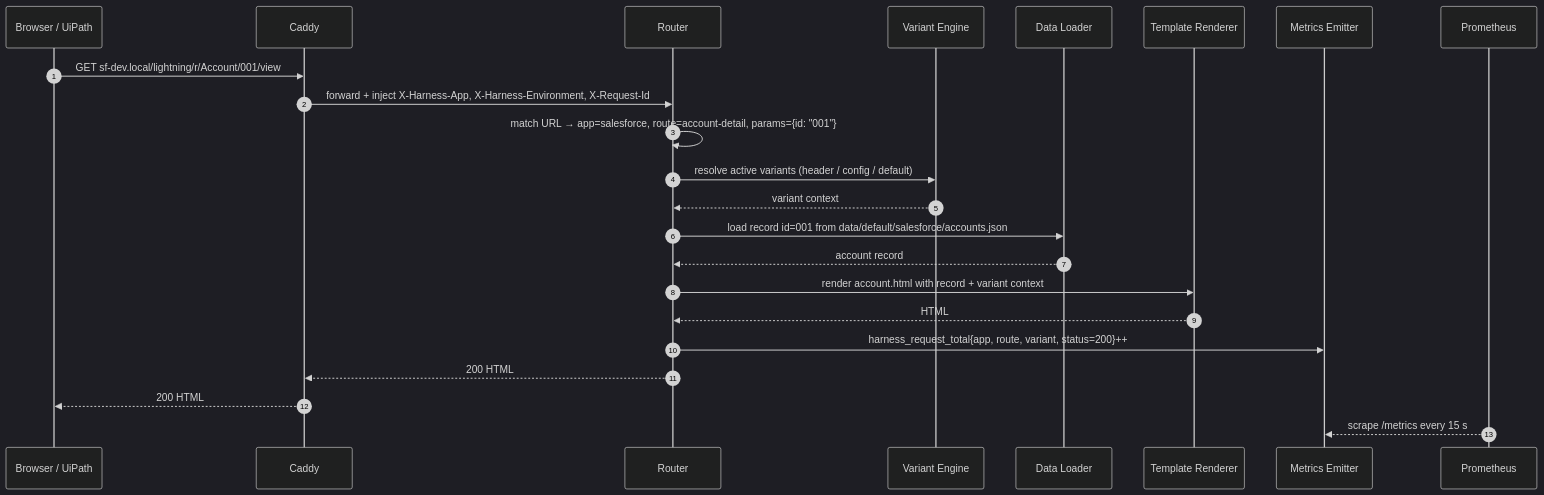
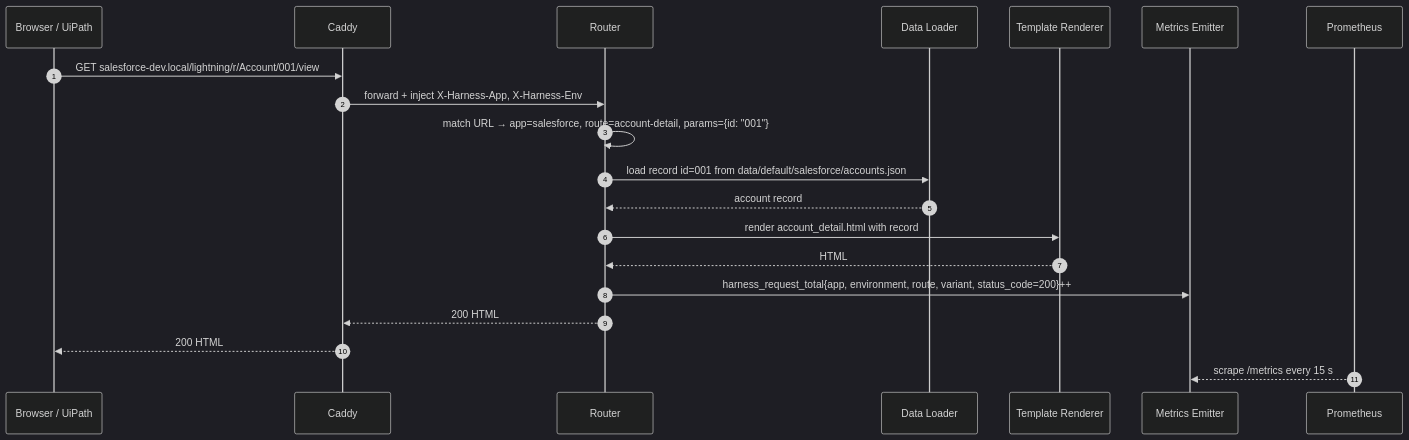
Before and after one commit to uips-browser-kit/testharness-webapps: the fourth of 5 diagrams in docs/architecture.md, drawn with Mermaid (dark theme). The commit also changed other lines of this file and 82 other files, not shown here.

````diff
--- a/docs/architecture.md
+++ b/docs/architecture.md
@@ -81,26 +79,23 @@
 ```mermaid
 sequenceDiagram
     autonumber
     participant B  as Browser / UiPath
     participant C  as Caddy
     participant R  as Router
-    participant V  as Variant Engine
     participant D  as Data Loader
     participant T  as Template Renderer
     participant M  as Metrics Emitter
     participant P  as Prometheus
 
-    B->>C: GET sf-dev.local/lightning/r/Account/001/view
-    C->>R: forward + inject X-Harness-App, X-Harness-Environment, X-Request-Id
+    B->>C: GET salesforce-dev.local/lightning/r/Account/001/view
+    C->>R: forward + inject X-Harness-App, X-Harness-Env
     R->>R: match URL → app=salesforce, route=account-detail, params={id: "001"}
-    R->>V: resolve active variants (header / config / default)
-    V-->>R: variant context
     R->>D: load record id=001 from data/default/salesforce/accounts.json
     D-->>R: account record
-    R->>T: render account.html with record + variant context
+    R->>T: render account_detail.html with record
     T-->>R: HTML
-    R->>M: harness_request_total{app, route, variant, status=200}++
+    R->>M: harness_request_total{app, environment, route, variant, status_code=200}++
     R-->>C: 200 HTML
     C-->>B: 200 HTML
     P-->>M: scrape /metrics every 15 s
 ```
````
